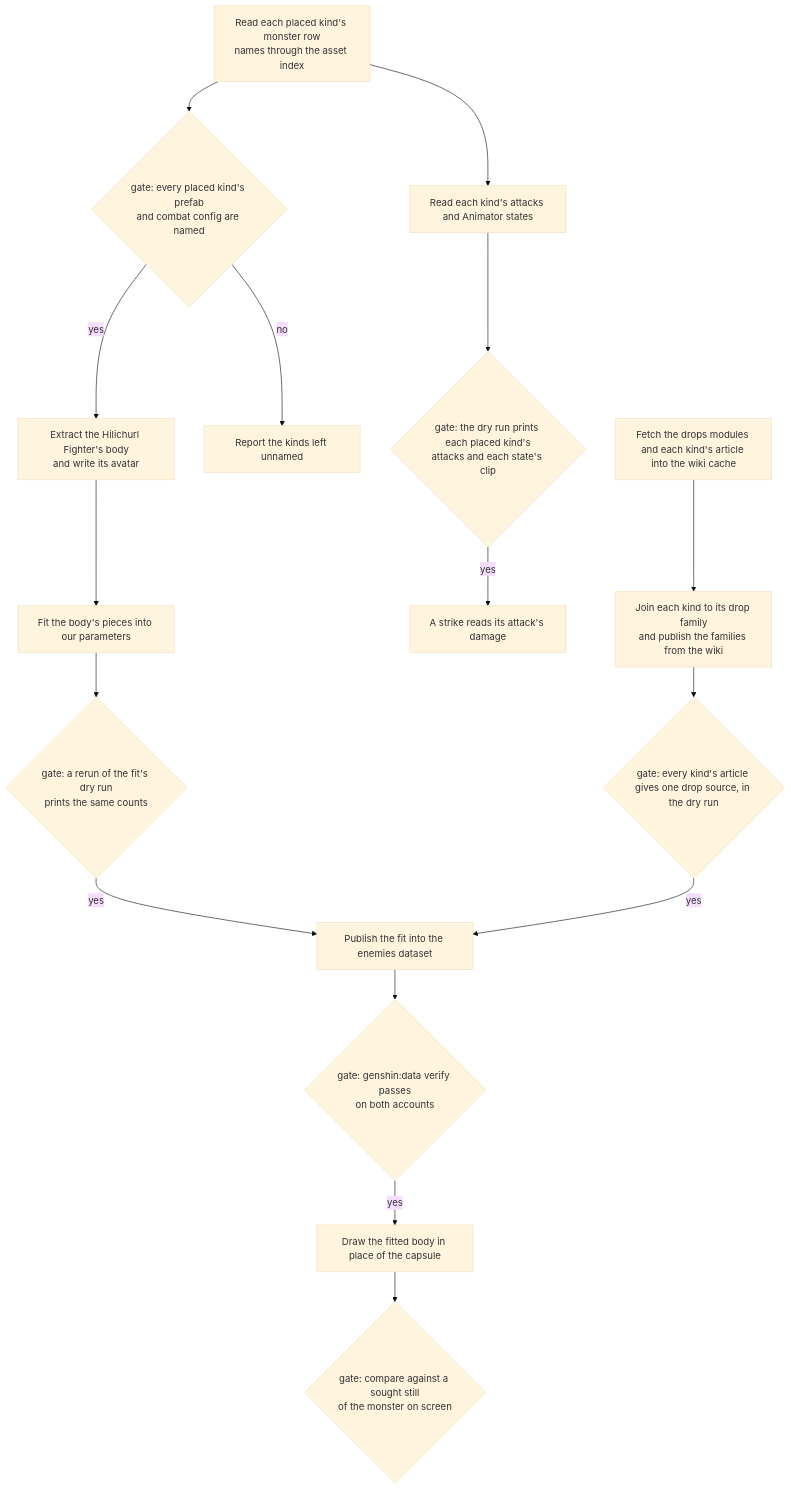
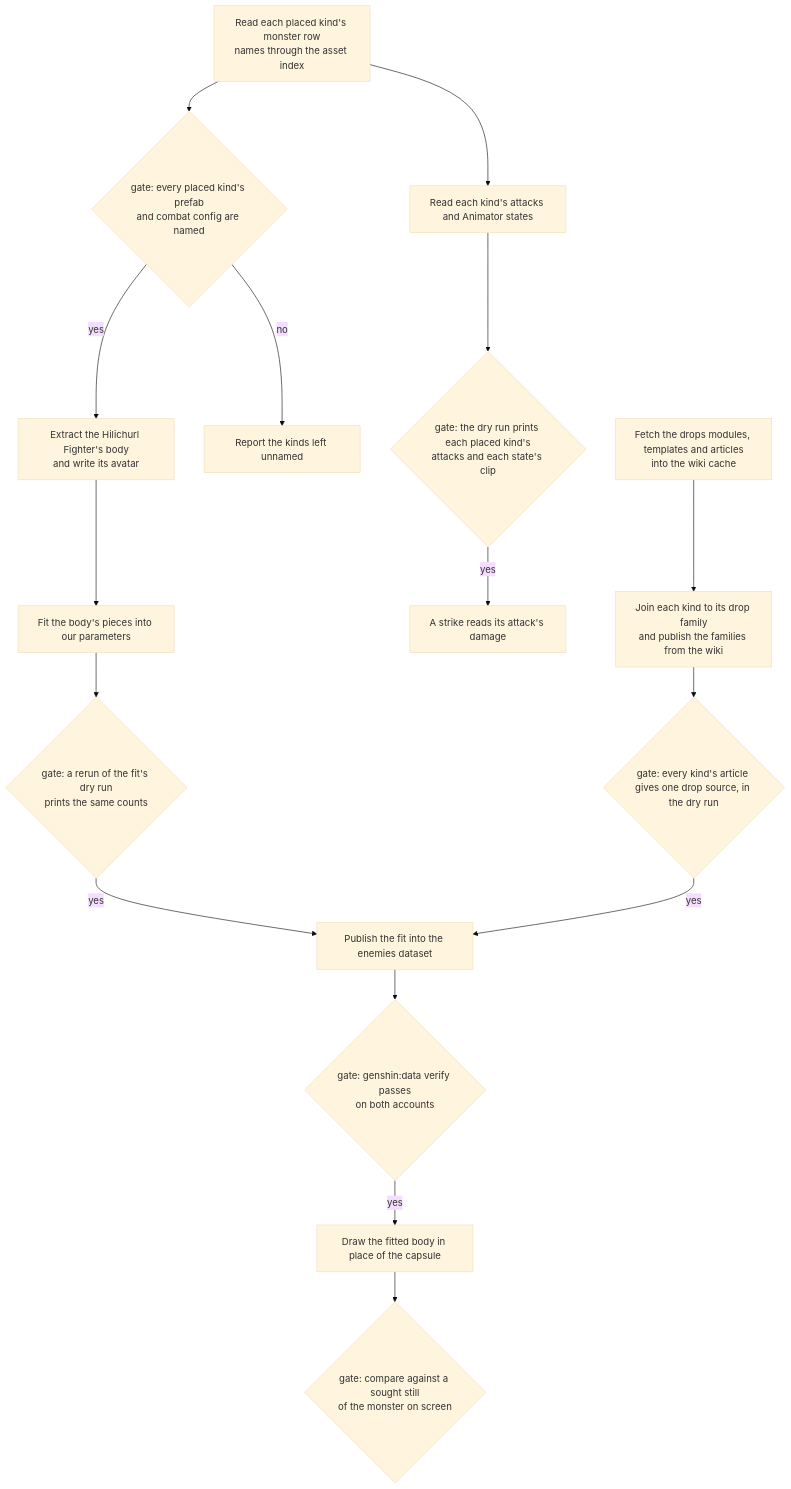
The diagram in openspec/changes/genshin-assets-enemies/design.md (Esposter/Esposter), drawn with Mermaid (base theme) before and after one commit.

Commit message:
fix(genshin-assets-enemies): the fetch in the enemies change's diagram keeps the drops template it reads
The label written when the diagram's line was shortened dropped the drops template, one of the three things the fetch takes, so the mechanism read differently from the design it draws. It keeps all three as the name and the wiki cache as its one qualifier, still under 90 characters.

````diff
--- a/openspec/changes/genshin-assets-enemies/design.md
+++ b/openspec/changes/genshin-assets-enemies/design.md
@@ -9,18 +9,18 @@
 ```mermaid
 flowchart TD
   ROWS["Read each placed kind's monster row<br/>names through the asset index"] --> NAMED{"gate: every placed kind's prefab<br/>and combat config are named"}
   NAMED -->|"yes"| BODY["Extract the Hilichurl Fighter's body<br/>and write its avatar"]
   NAMED -->|"no"| REPORT["Report the kinds left unnamed"]
   BODY --> FIT["Fit the body's pieces into our parameters"]
   FIT --> FITGATE{"gate: a rerun of the fit's dry run<br/>prints the same counts"}
   FITGATE -->|"yes"| PUB["Publish the fit into the enemies dataset"]
   PUB --> VERIFY{"gate: genshin:data verify passes<br/>on both accounts"}
   VERIFY -->|"yes"| DRAW["Draw the fitted body in place of the capsule"]
   DRAW --> CHECK{"gate: compare against a sought still<br/>of the monster on screen"}
   ROWS --> ATT["Read each kind's attacks and Animator states"]
   ATT --> ATTGATE{"gate: the dry run prints each placed kind's<br/>attacks and each state's clip"}
   ATTGATE -->|"yes"| STRIKE["A strike reads its attack's damage"]
-  WIKI["Fetch the drops modules and each kind's article into the wiki cache"] --> DROPS["Join each kind to its drop family<br/>and publish the families from the wiki"]
+  WIKI["Fetch the drops modules, templates and articles<br/>into the wiki cache"] --> DROPS["Join each kind to its drop family<br/>and publish the families from the wiki"]
   DROPS --> DROPGATE{"gate: every kind's article gives one drop source, in the dry run"}
   DROPGATE -->|"yes"| PUB
 ```
````
